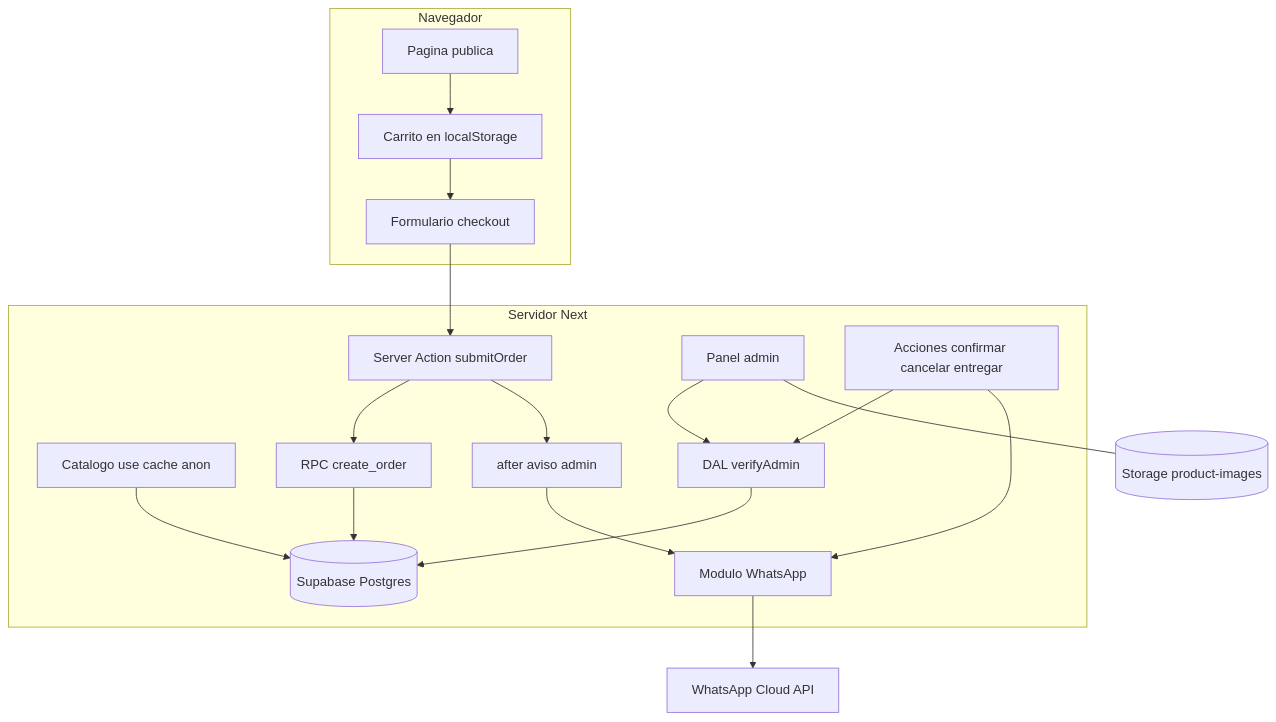
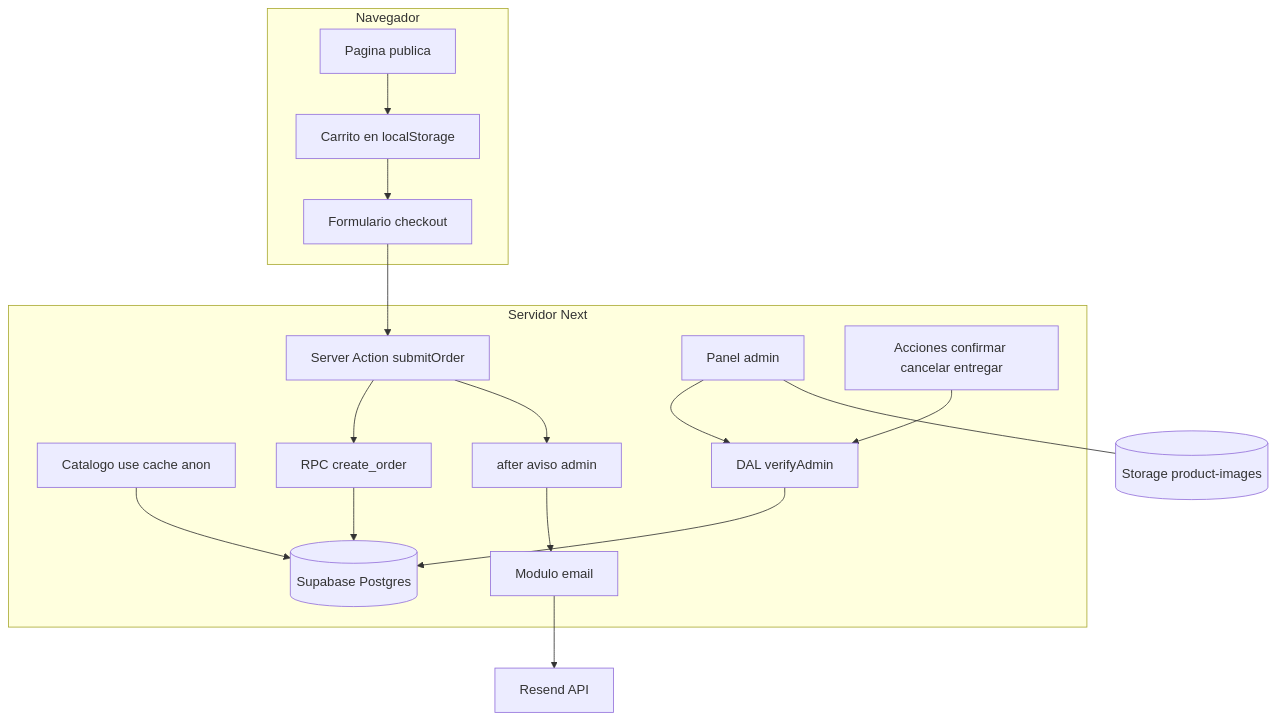
Before and after one commit to andrelo25/dulce-despertar-land: the diagram in specs/tienda-buen-dia/plan.md, drawn with Mermaid. The commit also changed other lines of this file and 11 other files, not shown here.

````diff
--- a/specs/tienda-buen-dia/plan.md
+++ b/specs/tienda-buen-dia/plan.md
@@ -23,21 +23,20 @@
 ```mermaid
 flowchart TD
   subgraph Navegador
     P[Pagina publica] --> CT[Carrito en localStorage]
     CT --> CK[Formulario checkout]
   end
   subgraph Servidor Next
     CAT[Catalogo use cache anon] --> DB[(Supabase Postgres)]
     SA[Server Action submitOrder] --> RPC[RPC create_order]
     RPC --> DB
     SA --> AF[after aviso admin]
-    AF --> WA[Modulo WhatsApp]
+    AF --> EM[Modulo email]
     ADM[Panel admin] --> DAL[DAL verifyAdmin]
     DAL --> DB
     ACT[Acciones confirmar cancelar entregar] --> DAL
-    ACT --> WA
   end
   CK --> SA
-  WA --> META[WhatsApp Cloud API]
+  EM --> RS[Resend API]
   ADM --- ST[(Storage product-images)]
 ```
````
